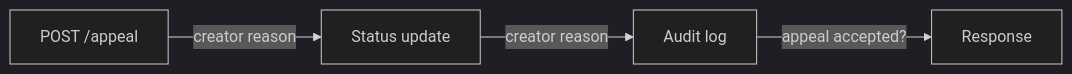
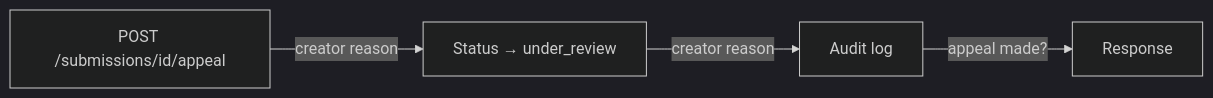
The second of 2 diagrams in planning.md (chauvihue/ai201-project4-provenance-guard), drawn with Mermaid (dark theme) before and after one commit. The commit also changed other lines of this file and 11 other files, not shown here.

````diff
--- a/planning.md
+++ b/planning.md
@@ -29,6 +29,6 @@
 ```mermaid
 flowchart LR
-  A["POST /appeal"] --> |creator reason|B["Status update"]
+  A["POST /submissions/id/appeal"] --> |creator reason|B["Status → under_review"]
   B --> |creator reason|C["Audit log"]
-  C --> |appeal accepted?|D["Response"]
+  C --> |appeal made?|D["Response"]
 ```
````
